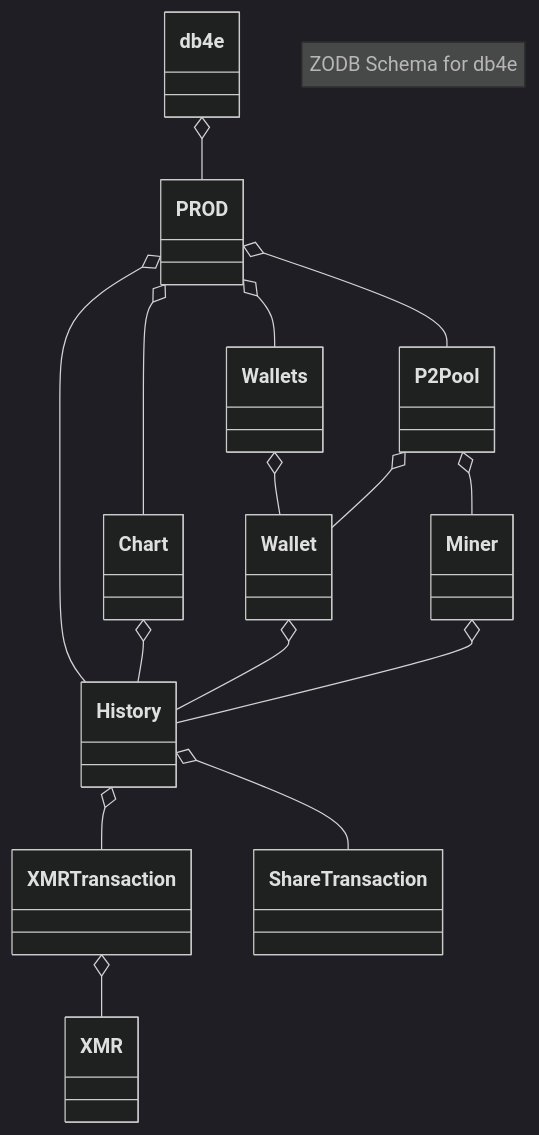
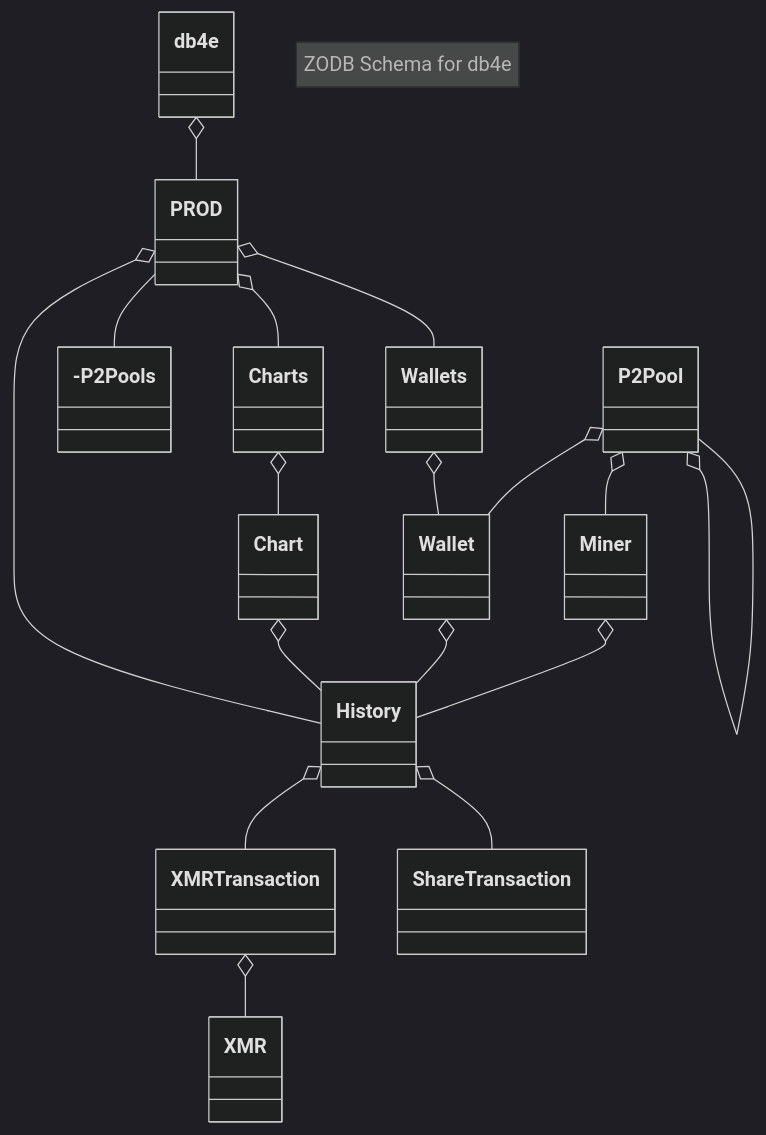
Before and after one commit to NadimGhaznavi/myzodb: the diagram in _posts/2024-06-05-ZODB-Schema.md, drawn with Mermaid (dark theme). The commit also changed 1 other file, not shown here.

```diff
--- a/_posts/2024-06-05-ZODB-Schema.md
+++ b/_posts/2024-06-05-ZODB-Schema.md
@@ -11,18 +11,20 @@
 <pre class="mermaid">
   classDiagram
     note "ZODB Schema for db4e"
     db4e o-- PROD
     PROD o-- Wallets
     Wallets o-- Wallet
-    PROD o-- P2Pool
+    PROD --- P2Pools
+    P2Pool o-- P2Pool
     PROD o-- History
-    PROD o-- Chart
+    PROD o-- Charts
+    Charts o-- Chart
     Chart o-- History
     P2Pool o-- Miner
     P2Pool o-- Wallet
     Wallet o-- History
     Miner o-- History
     History o-- XMRTransaction
     History o-- ShareTransaction
     XMRTransaction o-- XMR
 </pre>
```
